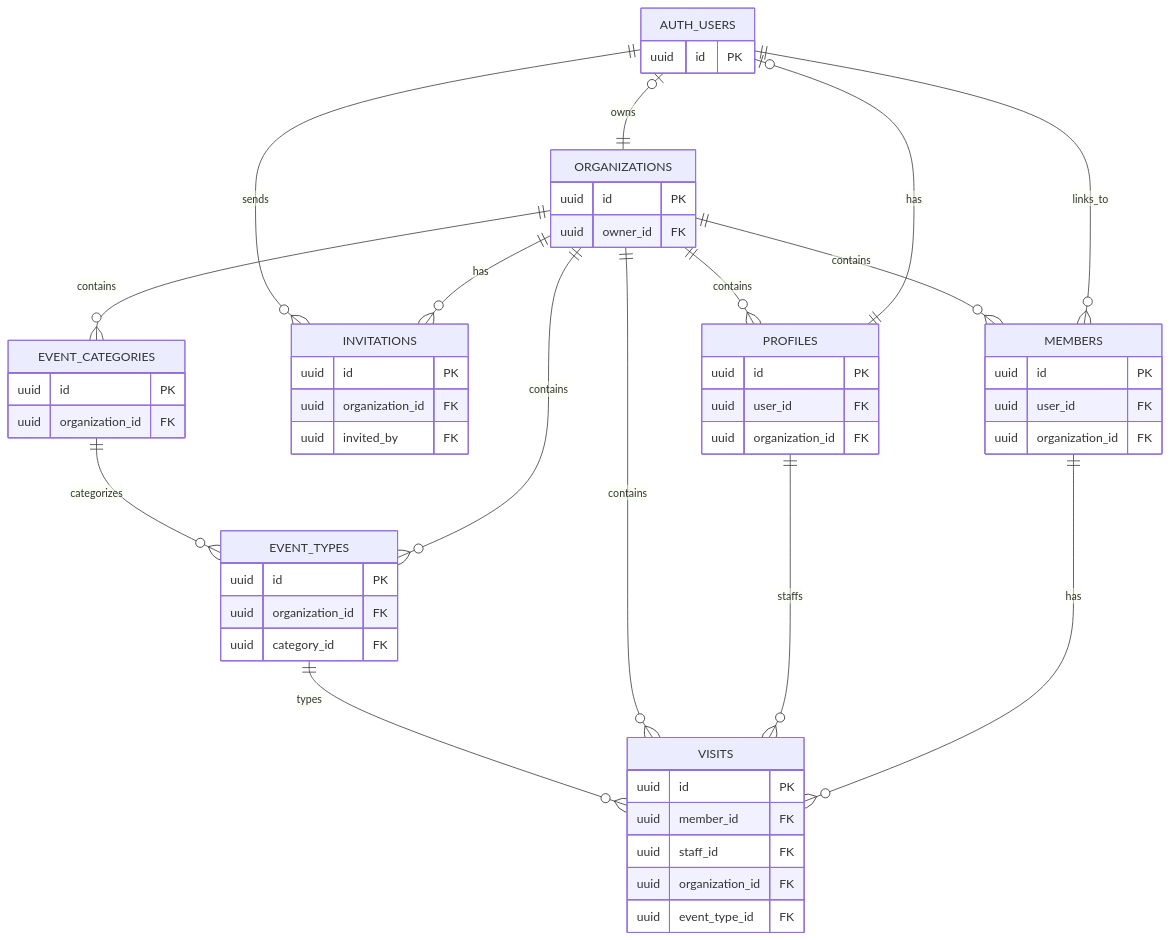
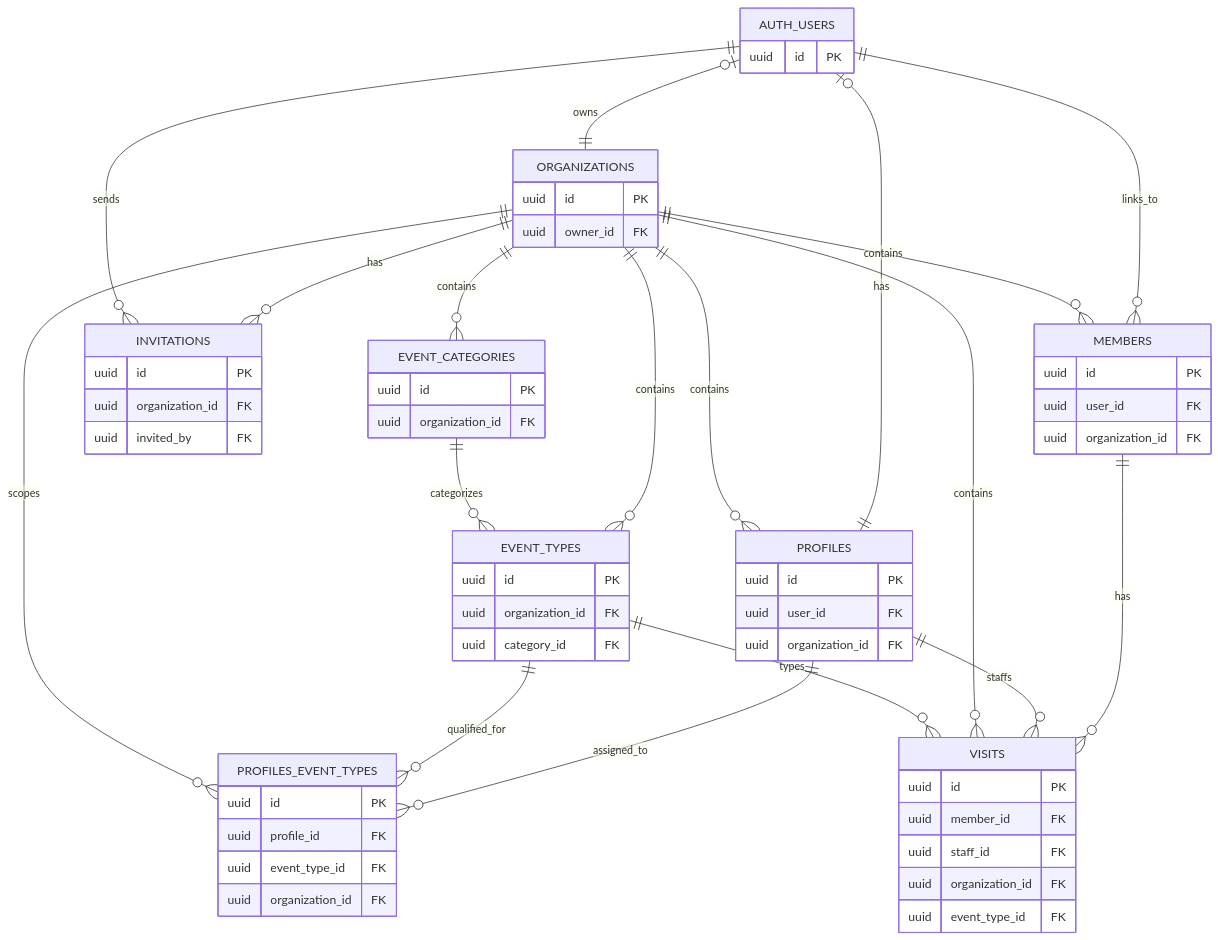
One commit to proginmind/wellness-manage changed the diagram in README.md. Above: the diagram before and after it, drawn with Mermaid. The commit also changed other lines of this file and 11 other files, not shown here.

Commit message:
feat: add team member details page; add profile event type relation update;

````diff
--- a/README.md
+++ b/README.md
@@ -112,56 +112,65 @@
 ```mermaid
 erDiagram
   AUTH_USERS {
     uuid id PK
   }
   ORGANIZATIONS {
     uuid id PK
     uuid owner_id FK
   }
   EVENT_CATEGORIES {
     uuid id PK
     uuid organization_id FK
   }
   EVENT_TYPES {
     uuid id PK
     uuid organization_id FK
     uuid category_id FK
   }
   INVITATIONS {
     uuid id PK
     uuid organization_id FK
     uuid invited_by FK
   }
   MEMBERS {
     uuid id PK
     uuid user_id FK
     uuid organization_id FK
   }
   PROFILES {
     uuid id PK
     uuid user_id FK
     uuid organization_id FK
   }
+  PROFILES_EVENT_TYPES {
+    uuid id PK
+    uuid profile_id FK
+    uuid event_type_id FK
+    uuid organization_id FK
+  }
   VISITS {
     uuid id PK
     uuid member_id FK
     uuid staff_id FK
     uuid organization_id FK
     uuid event_type_id FK
   }
 
   AUTH_USERS o|--|| ORGANIZATIONS : owns
   ORGANIZATIONS ||--o{ EVENT_CATEGORIES : contains
   ORGANIZATIONS ||--o{ EVENT_TYPES : contains
   EVENT_CATEGORIES ||--o{ EVENT_TYPES : categorizes
   ORGANIZATIONS ||--o{ INVITATIONS : has
   AUTH_USERS ||--o{ INVITATIONS : sends
   AUTH_USERS ||--o{ MEMBERS : links_to
   ORGANIZATIONS ||--o{ MEMBERS : contains
   AUTH_USERS o|--|| PROFILES : has
   ORGANIZATIONS ||--o{ PROFILES : contains
+  PROFILES ||--o{ PROFILES_EVENT_TYPES : assigned_to
+  EVENT_TYPES ||--o{ PROFILES_EVENT_TYPES : qualified_for
+  ORGANIZATIONS ||--o{ PROFILES_EVENT_TYPES : scopes
   MEMBERS ||--o{ VISITS : has
   PROFILES ||--o{ VISITS : staffs
   ORGANIZATIONS ||--o{ VISITS : contains
   EVENT_TYPES ||--o{ VISITS : types
 ```
````
